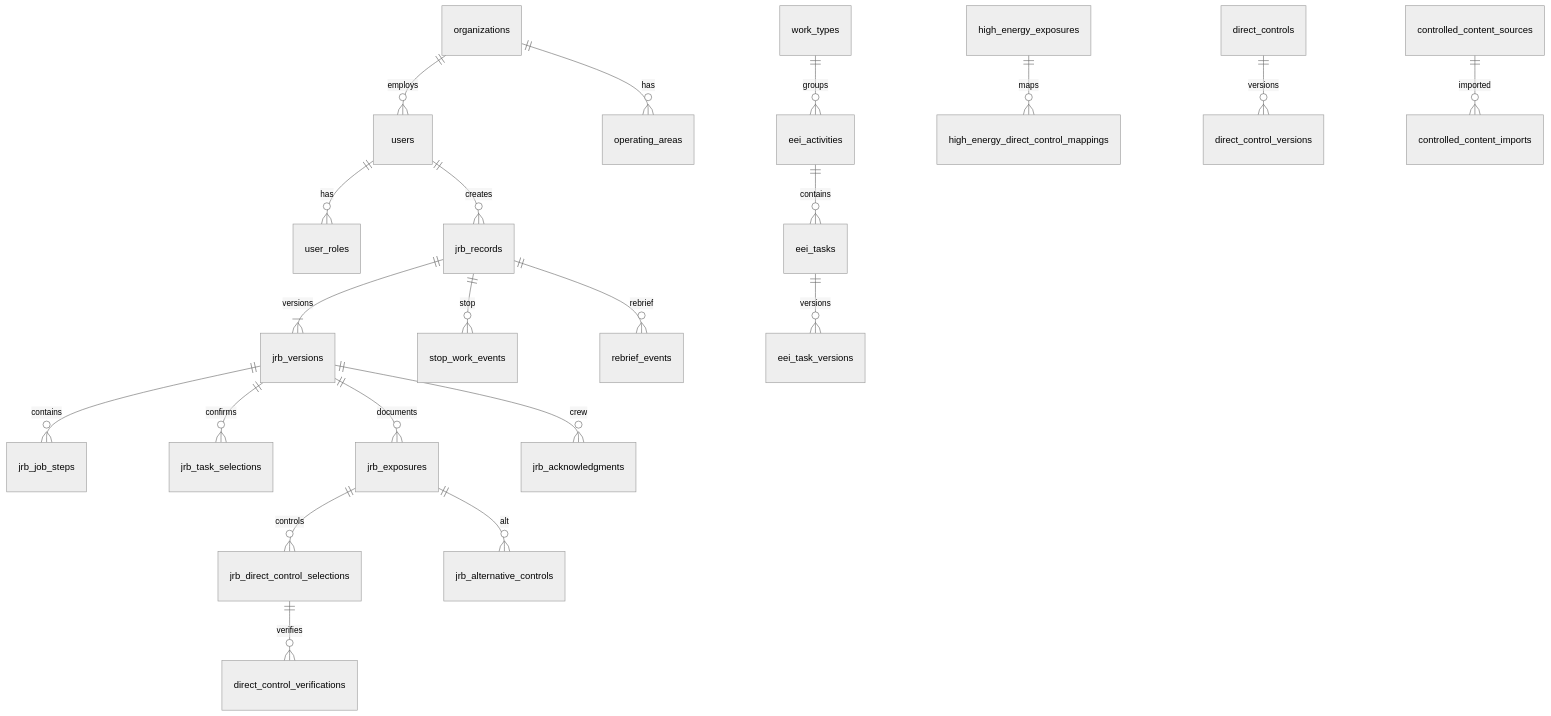
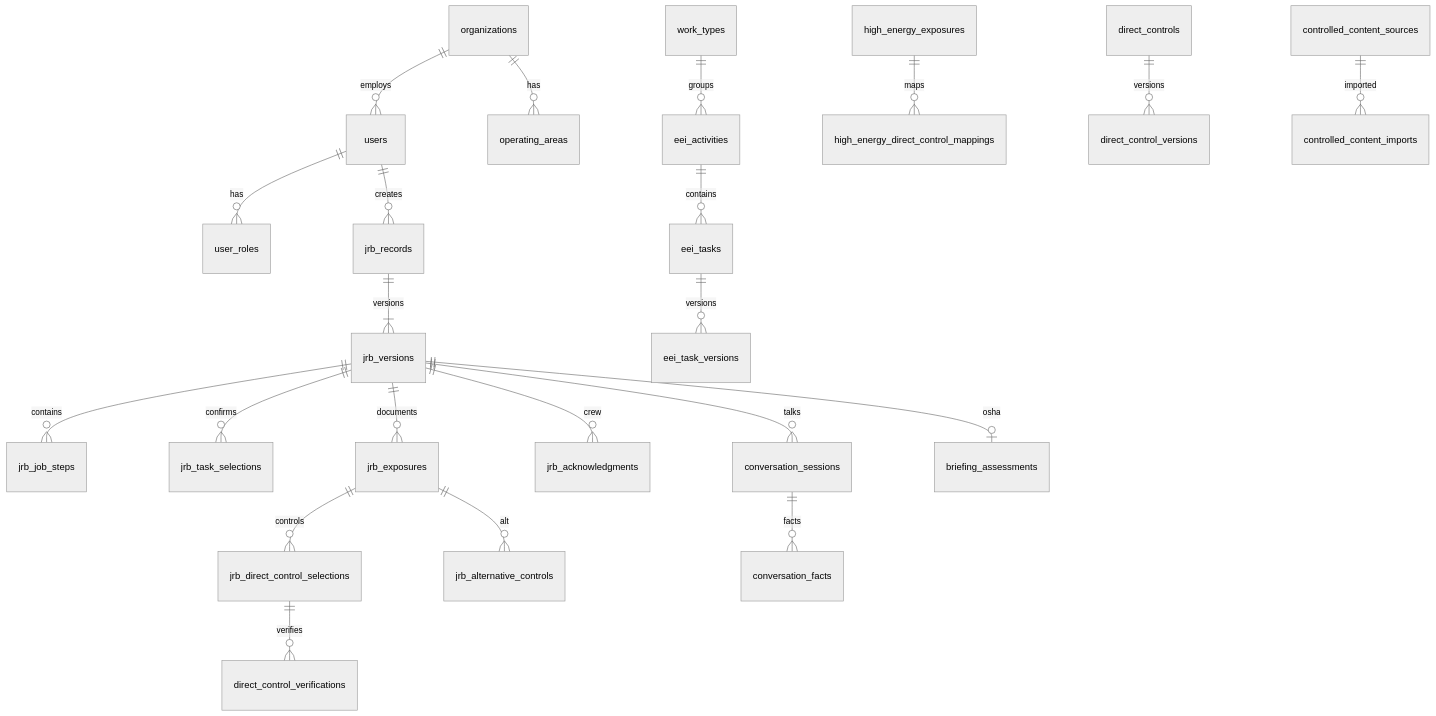
The diagram in docs/data-model.md (Jbub28/Jbub28), drawn with Mermaid (neutral theme) before and after one commit. The commit also changed other lines of this file and 24 other files, not shown here.

First line of the commit message:
Redesign the field JRB as a three-screen safety conversation.

````diff
--- a/docs/data-model.md
+++ b/docs/data-model.md
@@ -5,23 +5,24 @@
 ```mermaid
 erDiagram
   organizations ||--o{ users : employs
   organizations ||--o{ operating_areas : has
   users ||--o{ user_roles : has
   users ||--o{ jrb_records : creates
   jrb_records ||--|{ jrb_versions : versions
   jrb_versions ||--o{ jrb_job_steps : contains
   jrb_versions ||--o{ jrb_task_selections : confirms
   jrb_versions ||--o{ jrb_exposures : documents
   jrb_exposures ||--o{ jrb_direct_control_selections : controls
   jrb_direct_control_selections ||--o{ direct_control_verifications : verifies
   jrb_exposures ||--o{ jrb_alternative_controls : alt
   work_types ||--o{ eei_activities : groups
   eei_activities ||--o{ eei_tasks : contains
   eei_tasks ||--o{ eei_task_versions : versions
   high_energy_exposures ||--o{ high_energy_direct_control_mappings : maps
   direct_controls ||--o{ direct_control_versions : versions
   jrb_versions ||--o{ jrb_acknowledgments : crew
-  jrb_records ||--o{ stop_work_events : stop
-  jrb_records ||--o{ rebrief_events : rebrief
+  jrb_versions ||--o{ conversation_sessions : talks
+  conversation_sessions ||--o{ conversation_facts : facts
+  jrb_versions ||--o| briefing_assessments : osha
   controlled_content_sources ||--o{ controlled_content_imports : imported
 ```
````
